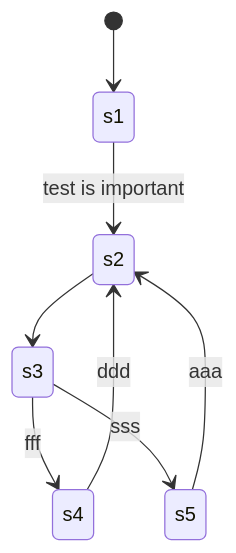
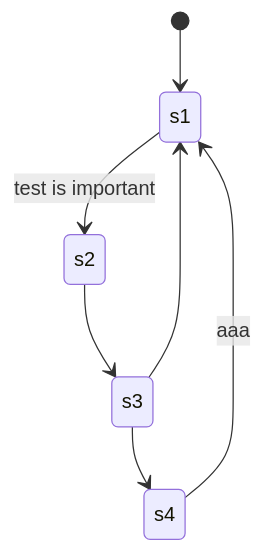
Before and after one commit to iodoform/BubbleConverter: the diagram in Assets/Scripts/test.md, drawn with Mermaid. The commit also changed 3 other files, not shown here.

````diff
--- a/Assets/Scripts/test.md
+++ b/Assets/Scripts/test.md
@@ -1,14 +1,13 @@
 ```MerMaiD
 stateDiagram-v2
     [*]-->s1
     s1 
     --> 
     s2 : test is important
 
 
     s2 --> s3 
-    s3-->s4:fff
-    s4-->s2:ddd
-    s3-->s5:sss
-    s5-->s2:aaa
+    s3-->s1
+    s3-->s4
+    s4-->s1:aaa
 ```
````
